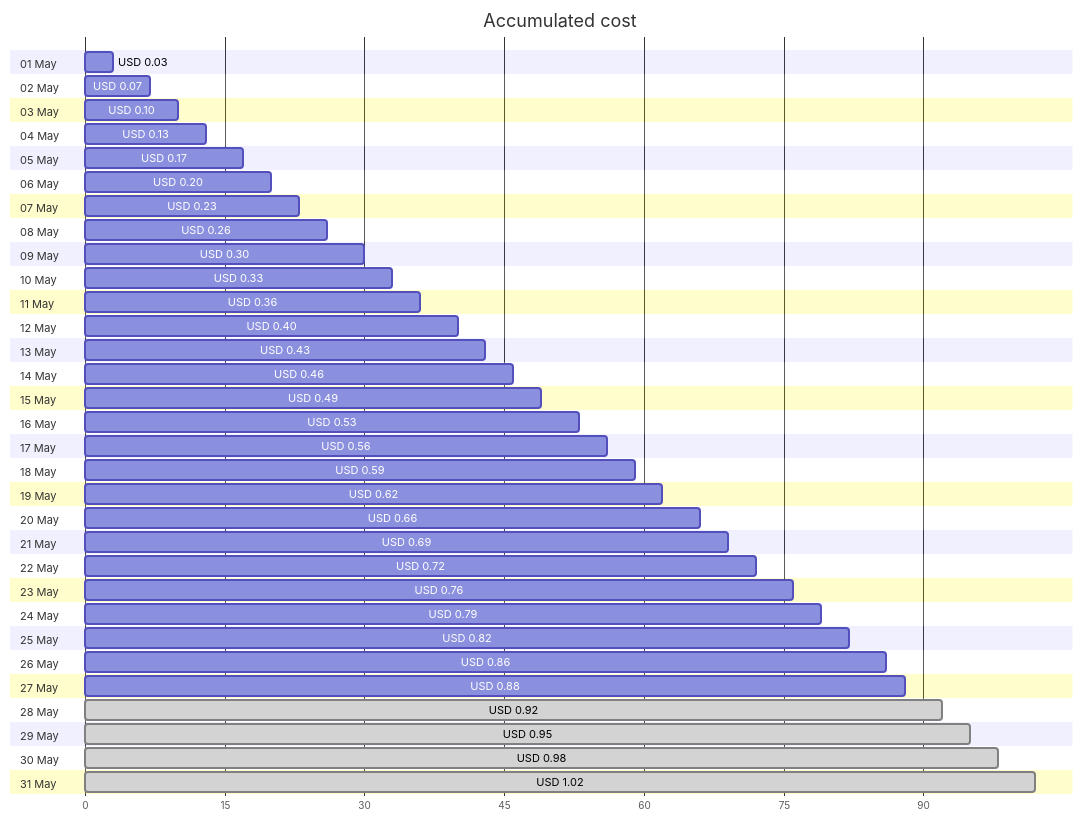
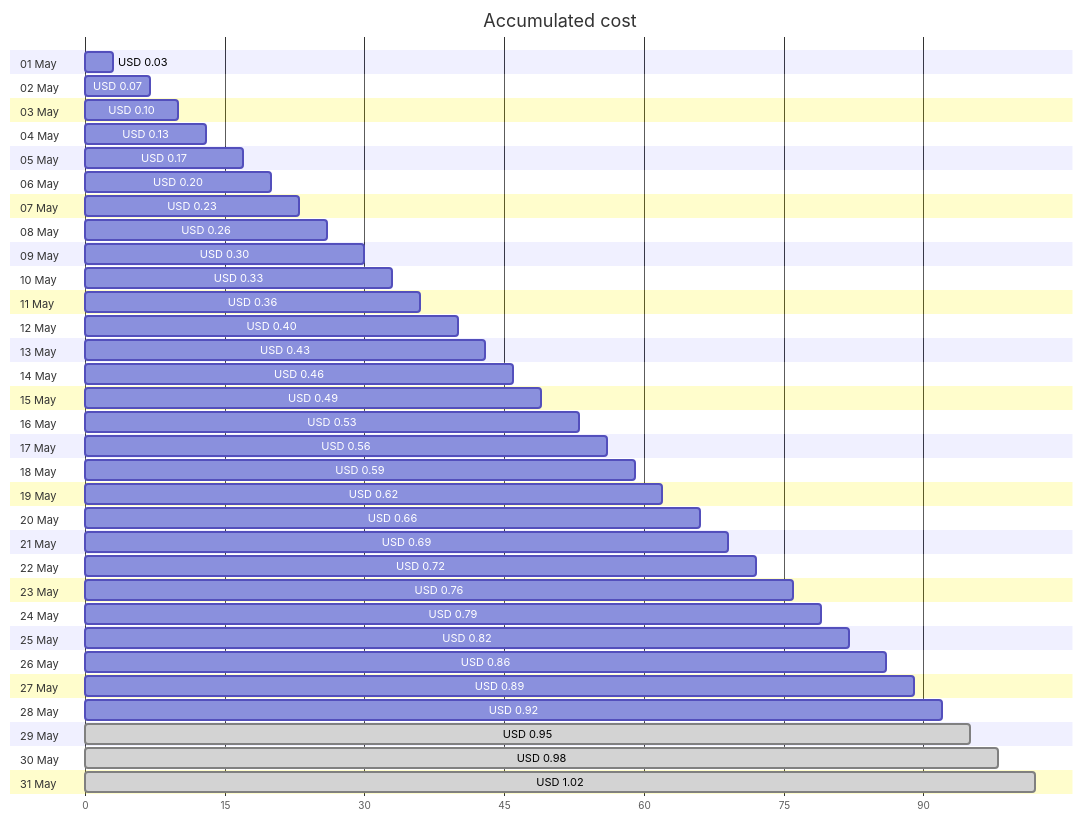
The first of 4 diagrams in cost-reports/personal-dns/README.md (jpfulton/azure-personal-reports), drawn with Mermaid before and after one commit. The commit also changed other lines of this file and 2 other files, not shown here.

````diff
--- a/cost-reports/personal-dns/README.md
+++ b/cost-reports/personal-dns/README.md
@@ -20,68 +20,68 @@
 ```mermaid
 gantt
    title Accumulated cost
    dateFormat  X
    axisFormat %s
    section 01 May
    USD 0.03 :0, 3
    section 02 May
    USD 0.07 :0, 7
    section 03 May
    USD 0.10 :0, 10
    section 04 May
    USD 0.13 :0, 13
    section 05 May
    USD 0.17 :0, 17
    section 06 May
    USD 0.20 :0, 20
    section 07 May
    USD 0.23 :0, 23
    section 08 May
    USD 0.26 :0, 26
    section 09 May
    USD 0.30 :0, 30
    section 10 May
    USD 0.33 :0, 33
    section 11 May
    USD 0.36 :0, 36
    section 12 May
    USD 0.40 :0, 40
    section 13 May
    USD 0.43 :0, 43
    section 14 May
    USD 0.46 :0, 46
    section 15 May
    USD 0.49 :0, 49
    section 16 May
    USD 0.53 :0, 53
    section 17 May
    USD 0.56 :0, 56
    section 18 May
    USD 0.59 :0, 59
    section 19 May
    USD 0.62 :0, 62
    section 20 May
    USD 0.66 :0, 66
    section 21 May
    USD 0.69 :0, 69
    section 22 May
    USD 0.72 :0, 72
    section 23 May
    USD 0.76 :0, 76
    section 24 May
    USD 0.79 :0, 79
    section 25 May
    USD 0.82 :0, 82
    section 26 May
    USD 0.86 :0, 86
    section 27 May
-   USD 0.88 :0, 88
+   USD 0.89 :0, 89
    section 28 May
-   USD 0.92 : done, 0, 92
+   USD 0.92 :0, 92
    section 29 May
    USD 0.95 : done, 0, 95
    section 30 May
    USD 0.98 : done, 0, 98
    section 31 May
    USD 1.02 : done, 0, 102
 ```
````
